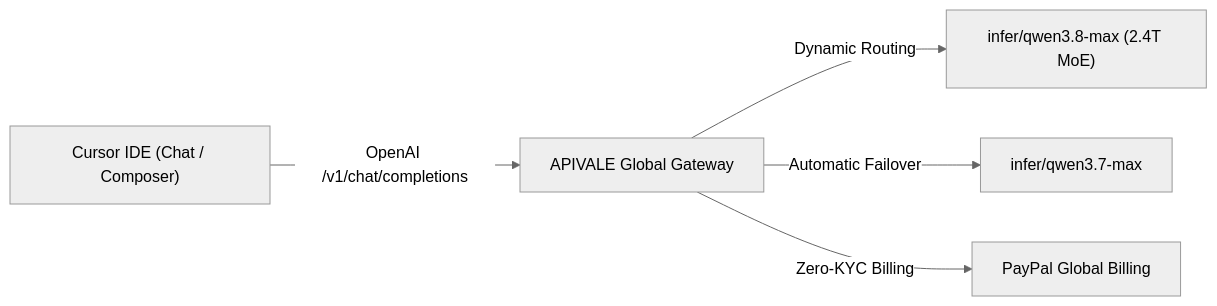
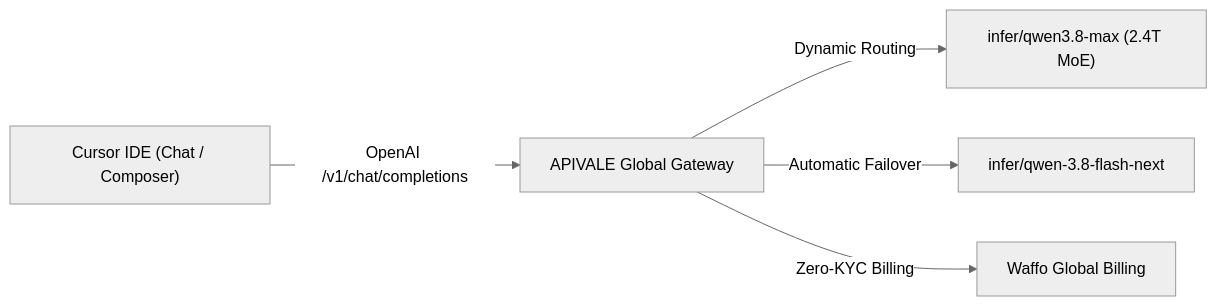
The diagram in src/content/blog/qwen-3-8-cursor-setup.md (bshx2024/apivel_blog), drawn with Mermaid (neutral theme) before and after one commit. The commit also changed other lines of this file and 1 other file, not shown here.

Commit message:
feat(seo): weave bidirectional internal links into Qwen cluster pointing to Qwen 3.8 Flash Next guide

````diff
--- a/src/content/blog/qwen-3-8-cursor-setup.md
+++ b/src/content/blog/qwen-3-8-cursor-setup.md
@@ -51,7 +51,7 @@
 ```mermaid
 graph LR
     A["Cursor IDE (Chat / Composer)"] -->|OpenAI /v1/chat/completions| B["APIVALE Global Gateway"]
     B -->|Dynamic Routing| C["infer/qwen3.8-max (2.4T MoE)"]
-    B -->|Automatic Failover| D["infer/qwen3.7-max"]
-    B -->|Zero-KYC Billing| E["PayPal Global Billing"]
+    B -->|Automatic Failover| D["infer/qwen-3.8-flash-next"]
+    B -->|Zero-KYC Billing| E["Waffo Global Billing"]
 ```
````
